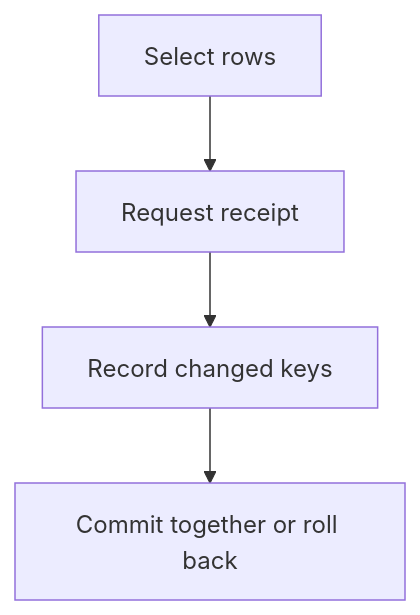
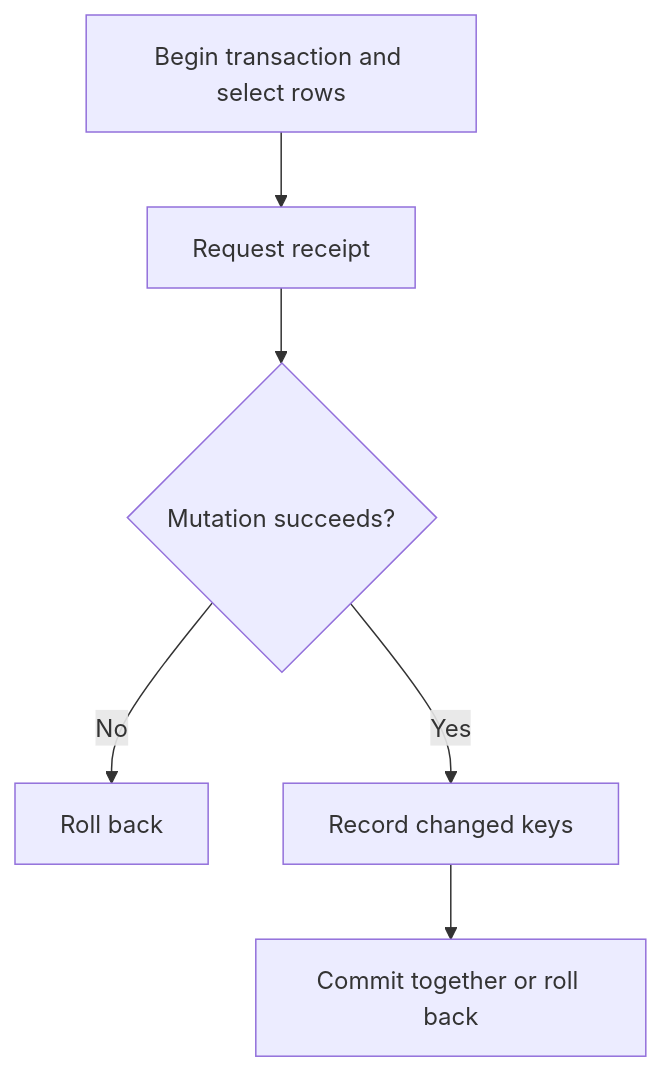
Before and after one commit to Kevinjohn/oss-adonisjs-lucid-soft-delete: the first of 2 diagrams in user-stories/integration/us-app-09-receipts.md, drawn with Mermaid. The commit also changed other lines of this file and 22 other files, not shown here.

Commit message:
docs: verify user story paths and Mermaid flows against implementation

````diff
--- a/user-stories/integration/us-app-09-receipts.md
+++ b/user-stories/integration/us-app-09-receipts.md
@@ -20,4 +20,6 @@
 ```mermaid
 flowchart TD
-    A["Select rows"] --> B["Request receipt"] --> C["Record changed keys"] --> D["Commit together or roll back"]
+    A["Begin transaction and select rows"] --> B["Request receipt"] --> C{"Mutation succeeds?"}
+    C -->|No| D["Roll back"]
+    C -->|Yes| E["Record changed keys"] --> F["Commit together or roll back"]
 ```
````
